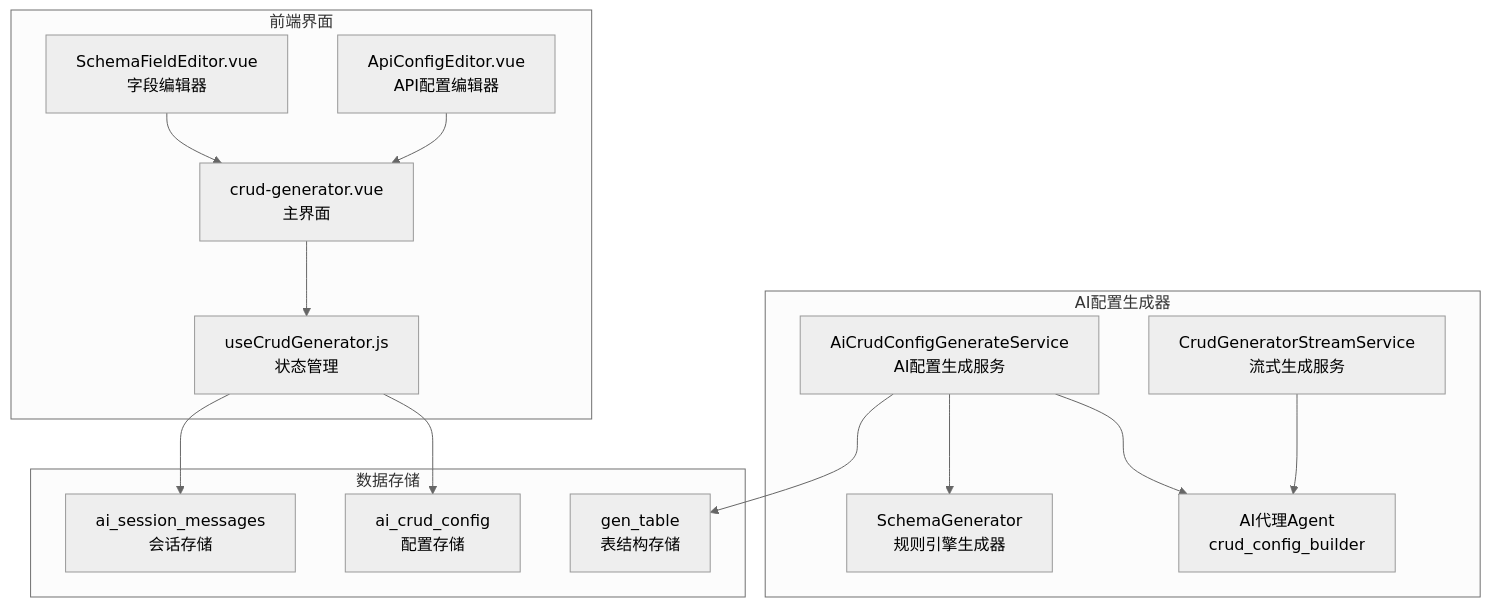
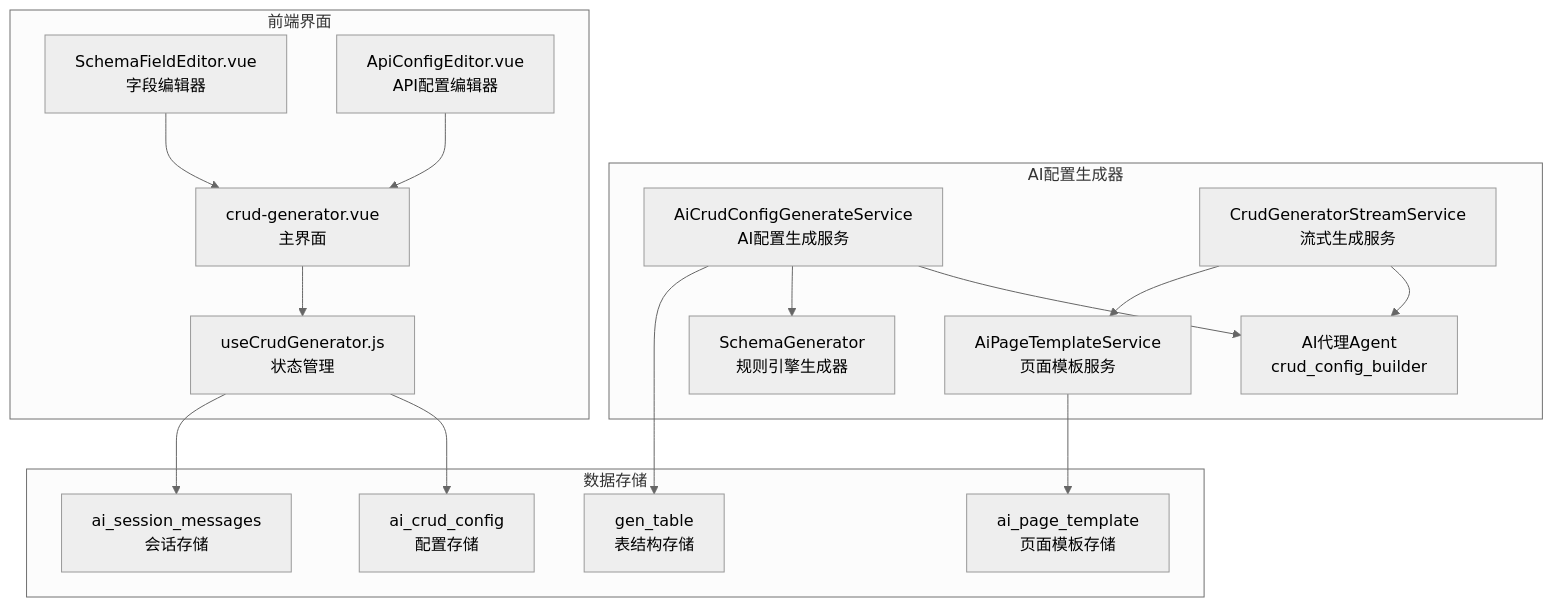
The sixth of 11 diagrams in .qoder/repowiki/zh/content/核心功能模块/代码生成器/代码生成器.md (yaomindong1996/forge-admin), drawn with Mermaid (neutral theme) before and after one commit. The commit also changed other lines of this file and 7 other files, not shown here.

````diff
--- a/.qoder/repowiki/zh/content/核心功能模块/代码生成器/代码生成器.md
+++ b/.qoder/repowiki/zh/content/核心功能模块/代码生成器/代码生成器.md
@@ -328,29 +342,33 @@
 ```mermaid
 graph TB
 subgraph "AI配置生成器"
 A["AiCrudConfigGenerateService<br/>AI配置生成服务"]
 B["CrudGeneratorStreamService<br/>流式生成服务"]
 C["AI代理Agent<br/>crud_config_builder"]
 D["SchemaGenerator<br/>规则引擎生成器"]
+E["AiPageTemplateService<br/>页面模板服务"]
 end
 subgraph "前端界面"
-E["crud-generator.vue<br/>主界面"]
-F["SchemaFieldEditor.vue<br/>字段编辑器"]
-G["ApiConfigEditor.vue<br/>API配置编辑器"]
-H["useCrudGenerator.js<br/>状态管理"]
+F["crud-generator.vue<br/>主界面"]
+G["SchemaFieldEditor.vue<br/>字段编辑器"]
+H["ApiConfigEditor.vue<br/>API配置编辑器"]
+I["useCrudGenerator.js<br/>状态管理"]
 end
 subgraph "数据存储"
-I["ai_crud_config<br/>配置存储"]
-J["ai_session_messages<br/>会话存储"]
-K["gen_table<br/>表结构存储"]
+J["ai_crud_config<br/>配置存储"]
+K["ai_session_messages<br/>会话存储"]
+L["gen_table<br/>表结构存储"]
+M["ai_page_template<br/>页面模板存储"]
 end
 A --> C
 A --> D
 B --> C
-E --> H
-F --> E
-G --> E
-H --> I
-H --> J
-A --> K
+B --> E
+F --> I
+G --> F
+H --> F
+I --> J
+I --> K
+A --> L
+E --> M
 ```
````
